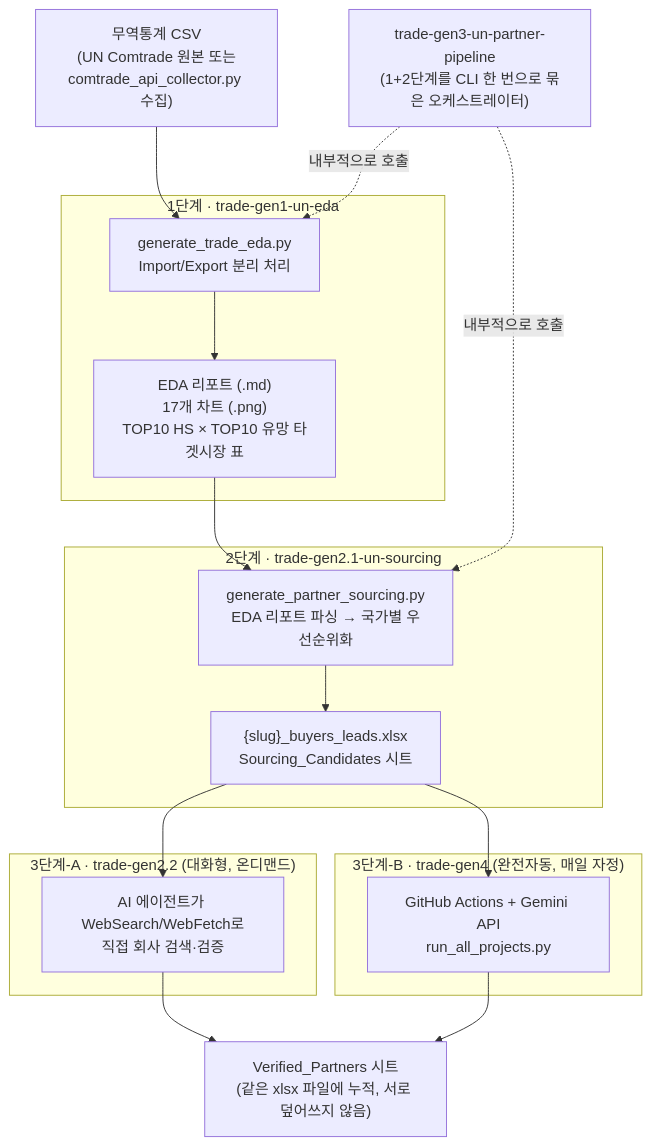
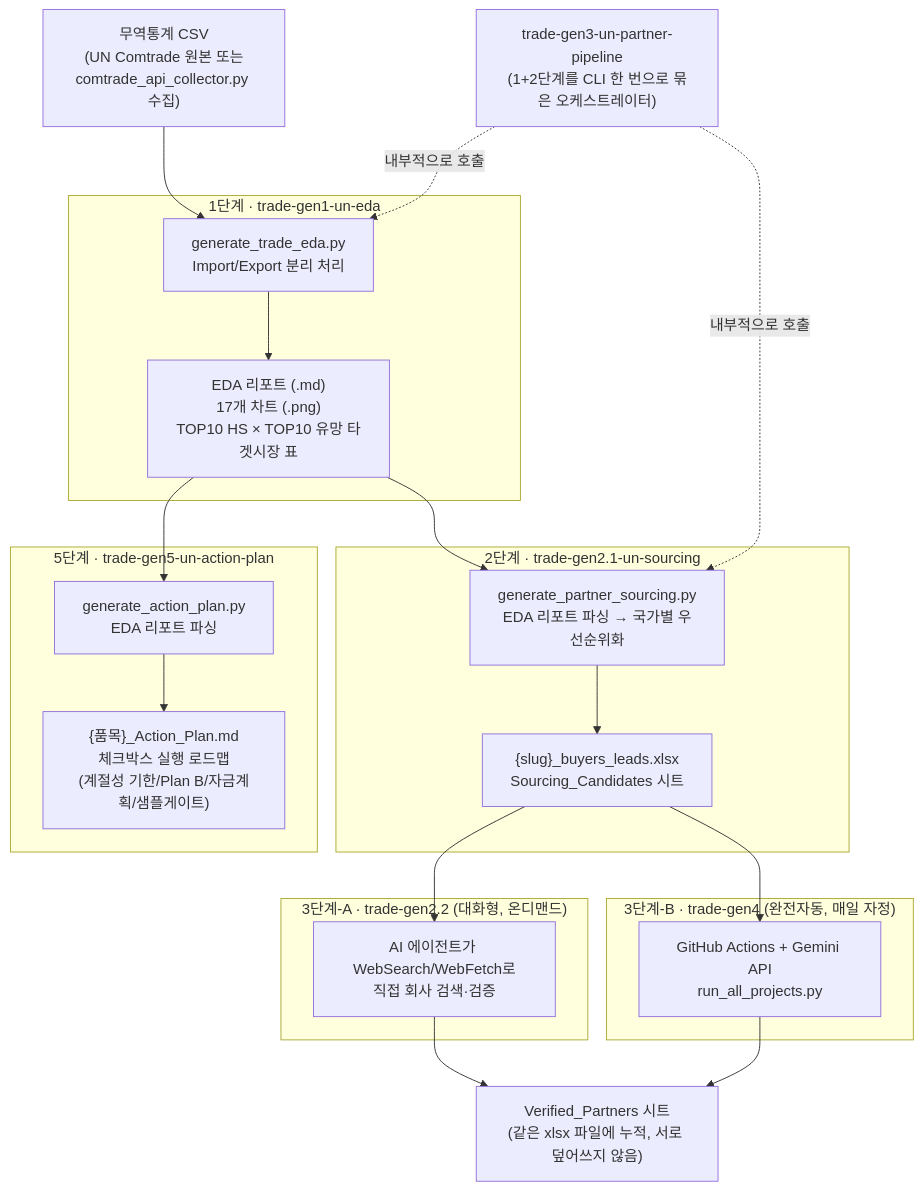
One commit to letsdoit5130/HYU_RSCH changed the diagram in .agents/skills/trade-gen-docs/README.md. Above: the diagram before and after it, drawn with Mermaid. The commit also changed other lines of this file and 4 other files, not shown here.

First line of the commit message:
feat: trade-gen5-un-action-plan 스킬 신설 — 체크박스 실행 로드맵 생성

````diff
--- a/.agents/skills/trade-gen-docs/README.md
+++ b/.agents/skills/trade-gen-docs/README.md
@@ -13,34 +14,41 @@
 ```mermaid
 flowchart TD
     A["무역통계 CSV\n(UN Comtrade 원본 또는\ncomtrade_api_collector.py 수집)"] --> B
 
     subgraph S1["1단계 · trade-gen1-un-eda"]
         B["generate_trade_eda.py\nImport/Export 분리 처리"]
         B --> B1["EDA 리포트 (.md)\n17개 차트 (.png)\nTOP10 HS × TOP10 유망 타겟시장 표"]
     end
 
     B1 --> C
 
     subgraph S2["2단계 · trade-gen2.1-un-sourcing"]
         C["generate_partner_sourcing.py\nEDA 리포트 파싱 → 국가별 우선순위화"]
         C --> C1["{slug}_buyers_leads.xlsx\nSourcing_Candidates 시트"]
     end
 
     C1 --> D
     C1 --> E
 
     subgraph S3A["3단계-A · trade-gen2.2 (대화형, 온디맨드)"]
         D["AI 에이전트가 WebSearch/WebFetch로\n직접 회사 검색·검증"]
     end
 
     subgraph S3B["3단계-B · trade-gen4 (완전자동, 매일 자정)"]
         E["GitHub Actions + Gemini API\nrun_all_projects.py"]
     end
 
     D --> F
     E --> F
     F["Verified_Partners 시트\n(같은 xlsx 파일에 누적, 서로 덮어쓰지 않음)"]
 
+    B1 --> H
+
+    subgraph S5["5단계 · trade-gen5-un-action-plan"]
+        H["generate_action_plan.py\nEDA 리포트 파싱"]
+        H --> H1["{품목}_Action_Plan.md\n체크박스 실행 로드맵\n(계절성 기한/Plan B/자금계획/샘플게이트)"]
+    end
+
     G["trade-gen3-un-partner-pipeline\n(1+2단계를 CLI 한 번으로 묶은 오케스트레이터)"] -.->|내부적으로 호출| B
     G -.->|내부적으로 호출| C
 ```
````
